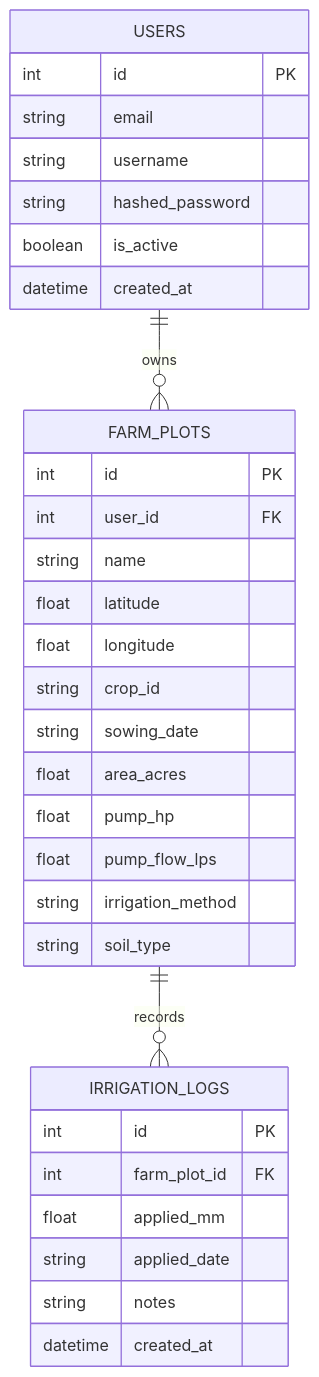
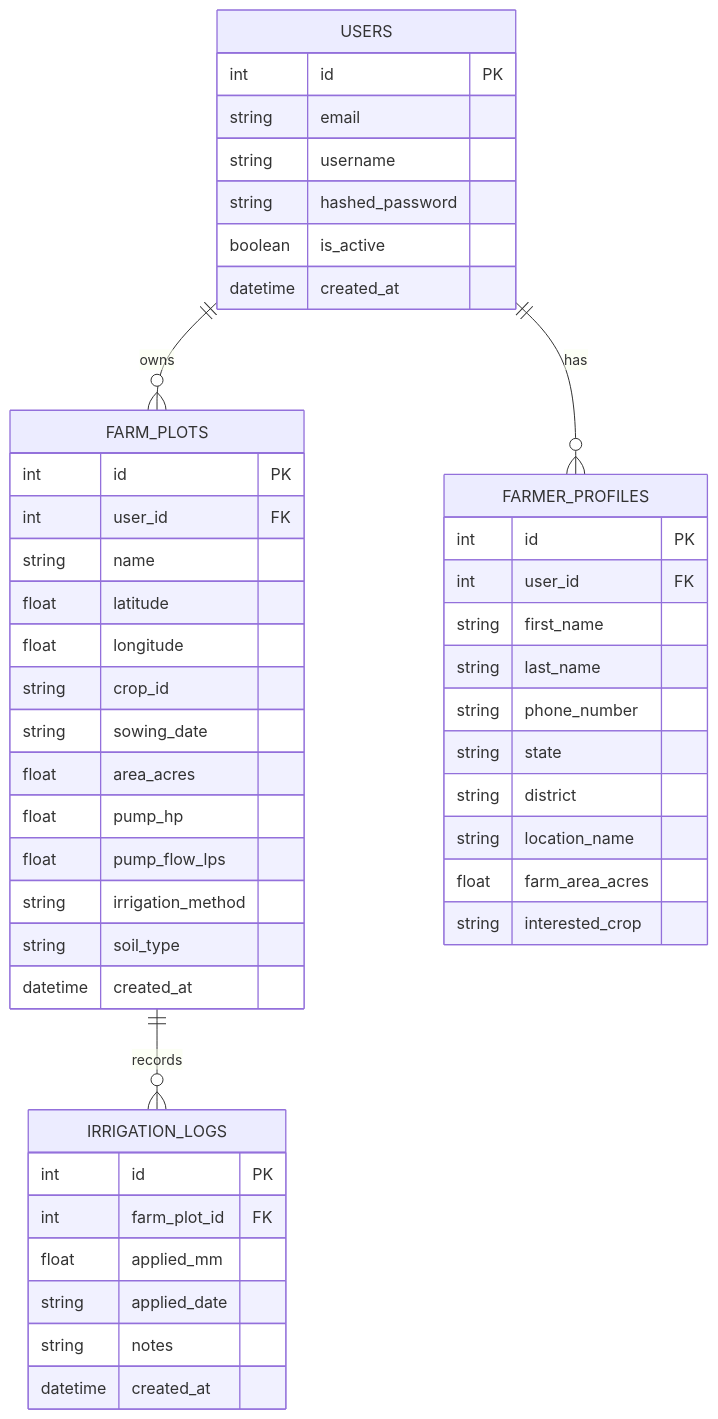
The second of 3 diagrams in docs/05_system_architecture_and_db.md (arpanpramanik2003/JalDrishti-AI), drawn with Mermaid before and after one commit. The commit also changed other lines of this file and 2 other files, not shown here.

Commit message:
docs: add documentation for smart rain hold advisory, weather-pest integration, and system architecture

````diff
--- a/docs/05_system_architecture_and_db.md
+++ b/docs/05_system_architecture_and_db.md
@@ -18,38 +63,53 @@
 ```mermaid
 erDiagram
-    USERS ||--o{ FARM_PLOTS : owns
-    FARM_PLOTS ||--o{ IRRIGATION_LOGS : records
+    USERS ||--o{ FARM_PLOTS : "owns"
+    USERS ||--o{ FARMER_PROFILES : "has"
+    FARM_PLOTS ||--o{ IRRIGATION_LOGS : "records"
 
     USERS {
         int id PK
         string email
         string username
         string hashed_password
         boolean is_active
         datetime created_at
+    }
+
+    FARMER_PROFILES {
+        int id PK
+        int user_id FK
+        string first_name
+        string last_name
+        string phone_number
+        string state
+        string district
+        string location_name
+        float farm_area_acres
+        string interested_crop
     }
 
     FARM_PLOTS {
         int id PK
         int user_id FK
         string name
         float latitude
         float longitude
         string crop_id
         string sowing_date
         float area_acres
         float pump_hp
         float pump_flow_lps
         string irrigation_method
         string soil_type
+        datetime created_at
     }
 
     IRRIGATION_LOGS {
         int id PK
         int farm_plot_id FK
         float applied_mm
         string applied_date
         string notes
         datetime created_at
     }
 ```
````
